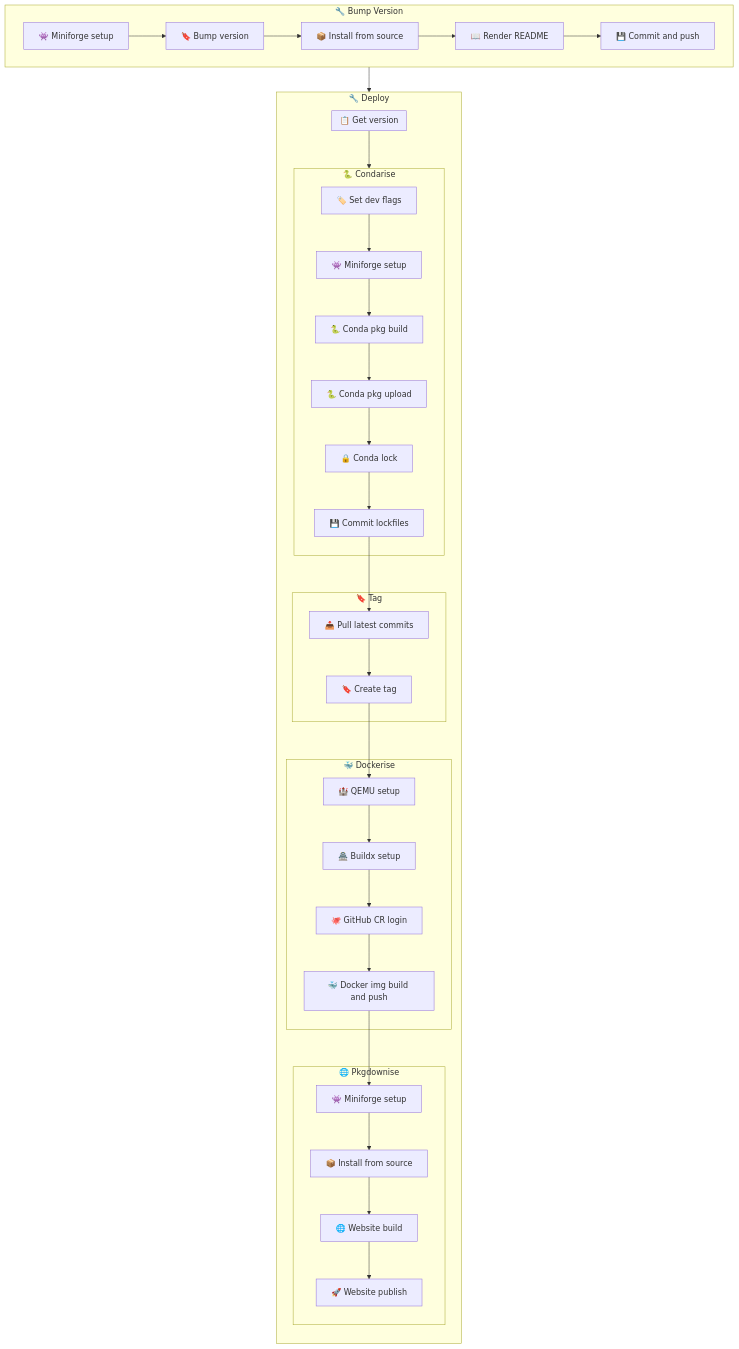
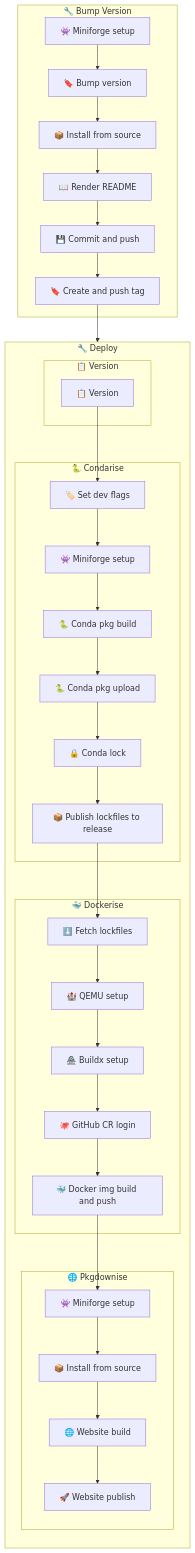
The diagram in dev/articles/cicd.md (tidywf/tidywigits), drawn with Mermaid before and after one commit. The commit also changed 81 other files, not shown here.

````diff
--- a/dev/articles/cicd.md
+++ b/dev/articles/cicd.md
@@ -3,64 +3,63 @@
 ``` mermaid
 flowchart TD
 
     subgraph BUMP ["🔧 Bump Version"]
     B1["👾 Miniforge setup"]
     B2["🔖 Bump version"]
     B3["📦 Install from source"]
     B4["📖 Render README"]
     B5["💾 Commit and push"]
+    B6["🔖 Create and push tag"]
     B1 --> B2
     B2 --> B3
     B3 --> B4
     B4 --> B5
+    B5 --> B6
     end
 
-    BUMP --> DEPLOY
+    B6 --> J1S1
 
     subgraph DEPLOY ["🔧 Deploy"]
         direction TB
-        subgraph version ["📋 Get version"]
+        subgraph prep ["📋 Version"]
+        J1S1["📋 Version"]
         end
         subgraph condarise ["🐍 Condarise"]
         J2S1["🏷️ Set dev flags"]
         J2S2["👾 Miniforge setup"]
         J2S3["🐍 Conda pkg build"]
         J2S4["🐍 Conda pkg upload"]
         J2S5["🔒 Conda lock"]
-        J2S6["💾 Commit lockfiles"]
+        J2S6["📦 Publish lockfiles to release"]
         J2S1 --> J2S2
         J2S2 --> J2S3
         J2S3 --> J2S4
         J2S4 --> J2S5
         J2S5 --> J2S6
         end
-        subgraph tag ["🔖 Tag"]
-        J3S1["📥 Pull latest commits"]
-        J3S2["🔖 Create tag"]
+        subgraph dockerise ["🐳 Dockerise"]
+        J3S1["⬇️ Fetch lockfiles"]
+        J3S2["🏰 QEMU setup"]
+        J3S3["🏯 Buildx setup"]
+        J3S4["🐙 GitHub CR login"]
+        J3S5["🐳 Docker img build and push"]
         J3S1 --> J3S2
+        J3S2 --> J3S3
+        J3S3 --> J3S4
+        J3S4 --> J3S5
         end
-        subgraph dockerise ["🐳 Dockerise"]
-        J4S1["🏰 QEMU setup"]
-        J4S2["🏯 Buildx setup"]
-        J4S3["🐙 GitHub CR login"]
-        J4S4["🐳 Docker img build and push"]
+        subgraph pkgdownise ["🌐 Pkgdownise"]
+        J4S1["👾 Miniforge setup"]
+        J4S2["📦 Install from source"]
+        J4S3["🌐 Website build"]
+        J4S4["🚀 Website publish"]
         J4S1 --> J4S2
         J4S2 --> J4S3
         J4S3 --> J4S4
         end
-        subgraph pkgdownise ["🌐 Pkgdownise"]
-        J5S1["👾 Miniforge setup"]
-        J5S2["📦 Install from source"]
-        J5S3["🌐 Website build"]
-        J5S4["🚀 Website publish"]
-        J5S1 --> J5S2
-        J5S2 --> J5S3
-        J5S3 --> J5S4
-        end
 
-        version --> condarise
+        J1S1 --> J2S1
         J2S6 --> J3S1
-        J3S2 --> J4S1
-        J4S4 --> J5S1
+        J3S5 --> J4S1
     end
 ```
````
